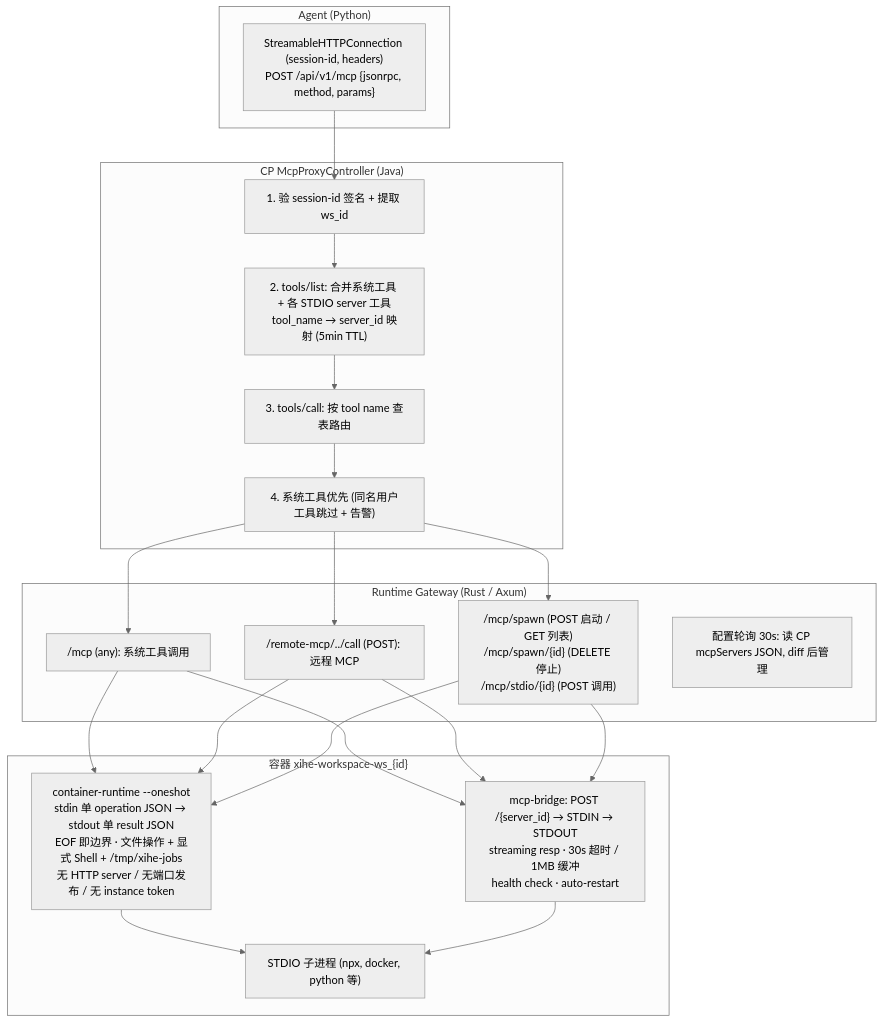
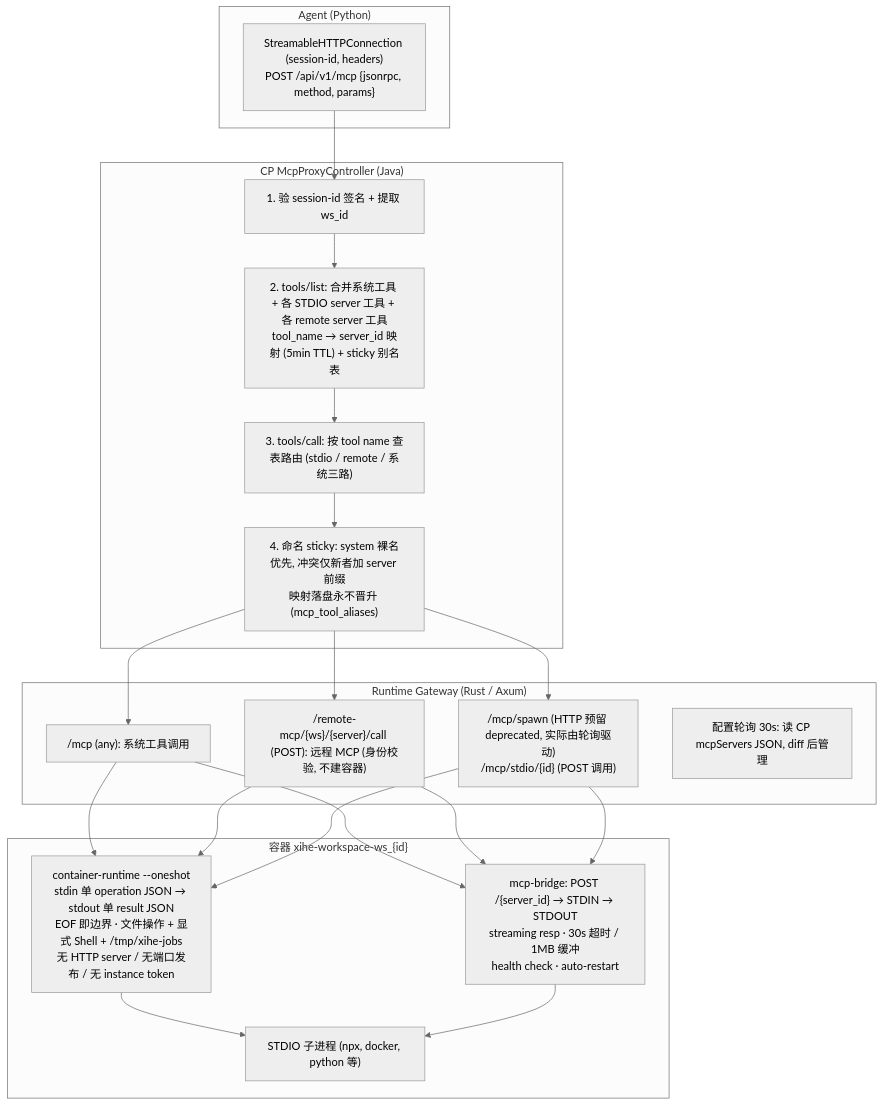
Before and after one commit to cc01cc/xihe-project: the first of 3 diagrams in docs/i18n/zh-Hans/DEV-016-mcp-architecture.md, drawn with Mermaid. The commit also changed other lines of this file and 6 other files, not shown here.

````diff
--- a/docs/i18n/zh-Hans/DEV-016-mcp-architecture.md
+++ b/docs/i18n/zh-Hans/DEV-016-mcp-architecture.md
@@ -27,25 +27,25 @@
 ```mermaid
 %%{init: {'theme': 'neutral'}}%%
 flowchart TD
     subgraph AG["Agent (Python)"]
         A1["StreamableHTTPConnection (session-id, headers)<br/>POST /api/v1/mcp {jsonrpc, method, params}"]
     end
     subgraph CP["CP McpProxyController (Java)"]
         C1["1. 验 session-id 签名 + 提取 ws_id"]
-        C2["2. tools/list: 合并系统工具 + 各 STDIO server 工具<br/>tool_name → server_id 映射 (5min TTL)"]
-        C3["3. tools/call: 按 tool name 查表路由"]
-        C4["4. 系统工具优先 (同名用户工具跳过 + 告警)"]
+        C2["2. tools/list: 合并系统工具 + 各 STDIO server 工具 + 各 remote server 工具<br/>tool_name → server_id 映射 (5min TTL) + sticky 别名表"]
+        C3["3. tools/call: 按 tool name 查表路由 (stdio / remote / 系统三路)"]
+        C4["4. 命名 sticky: system 裸名优先, 冲突仅新者加 server 前缀<br/>映射落盘永不晋升 (mcp_tool_aliases)"]
     end
     subgraph GW["Runtime Gateway (Rust / Axum)"]
         G1["/mcp (any): 系统工具调用"]
-        G2["/remote-mcp/../call (POST): 远程 MCP"]
-        G3["/mcp/spawn (POST 启动 / GET 列表)<br/>/mcp/spawn/{id} (DELETE 停止)<br/>/mcp/stdio/{id} (POST 调用)"]
+        G2["/remote-mcp/{ws}/{server}/call (POST): 远程 MCP (身份校验, 不建容器)"]
+        G3["/mcp/spawn (HTTP 预留 deprecated, 实际由轮询驱动)<br/>/mcp/stdio/{id} (POST 调用)"]
         G4["配置轮询 30s: 读 CP mcpServers JSON, diff 后管理"]
     end
     subgraph SB["容器 xihe-workspace-ws_{id}"]
         S1["container-runtime --oneshot<br/>stdin 单 operation JSON → stdout 单 result JSON<br/>EOF 即边界 · 文件操作 + 显式 Shell + /tmp/xihe-jobs<br/>无 HTTP server / 无端口发布 / 无 instance token"]
         S2["mcp-bridge: POST /{server_id} → STDIN → STDOUT<br/>streaming resp · 30s 超时 / 1MB 缓冲<br/>health check · auto-restart"]
         S3["STDIO 子进程 (npx, docker, python 等)"]
     end
     A1 --> C1 --> C2 --> C3 --> C4 --> G1 & G2 & G3 --> S1 & S2 --> S3
 ```
````
